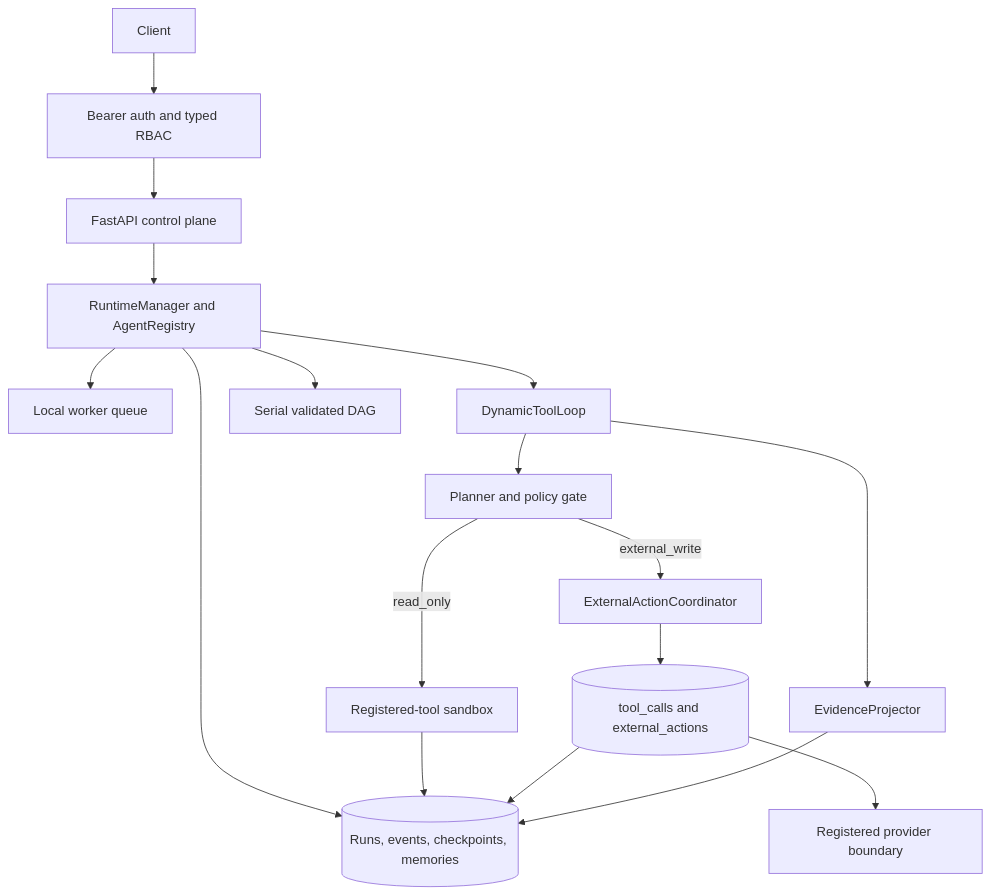
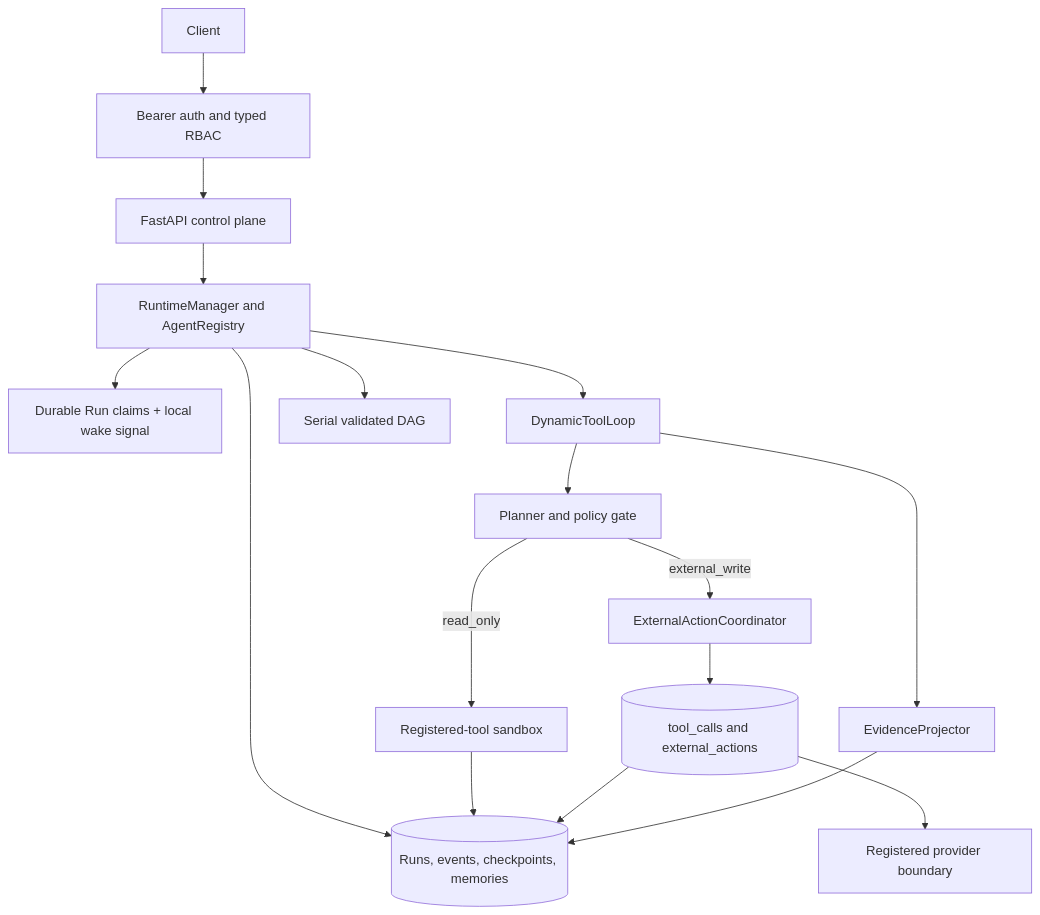
One commit to YingzuoLiu/agent-runtime-platform changed the diagram in docs/cloud-runtime.md. Above: the diagram before and after it, drawn with Mermaid. The commit also changed other lines of this file and 33 other files, not shown here.

First line of the commit message:
feat: add durable run leasing and fencing (#27)

````diff
--- a/docs/cloud-runtime.md
+++ b/docs/cloud-runtime.md
@@ -16,19 +16,19 @@
 ```mermaid
 flowchart TB
     C["Client"] --> A["Bearer auth and typed RBAC"]
     A --> API["FastAPI control plane"]
     API --> RM["RuntimeManager and AgentRegistry"]
-    RM --> Q["Local worker queue"]
+    RM --> Q["Durable Run claims + local wake signal"]
     RM --> RS[("Runs, events, checkpoints, memories")]
     RM --> DL["DynamicToolLoop"]
     RM --> DAG["Serial validated DAG"]
     DL --> P["Planner and policy gate"]
     P -->|read_only| S["Registered-tool sandbox"]
     P -->|external_write| EC["ExternalActionCoordinator"]
     EC --> E[("tool_calls and external_actions")]
     E --> H["Registered provider boundary"]
     DL --> EP["EvidenceProjector"]
     S --> RS
     E --> RS
     EP --> RS
 ```
````
